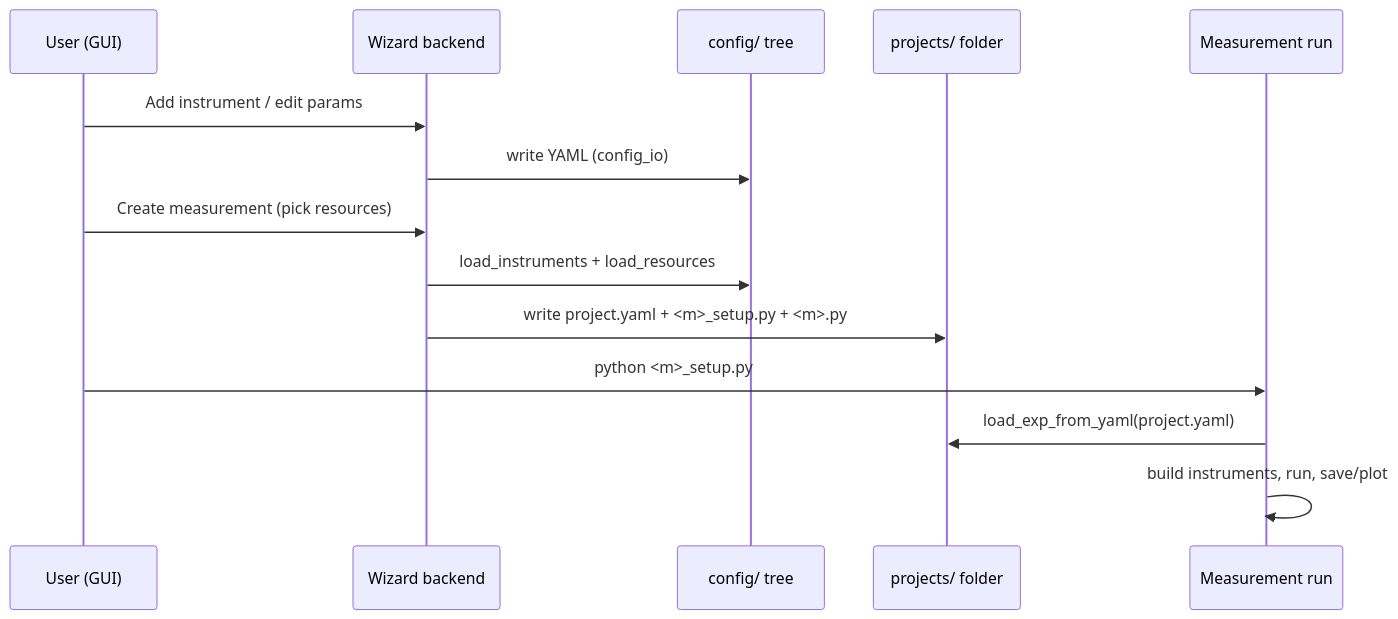
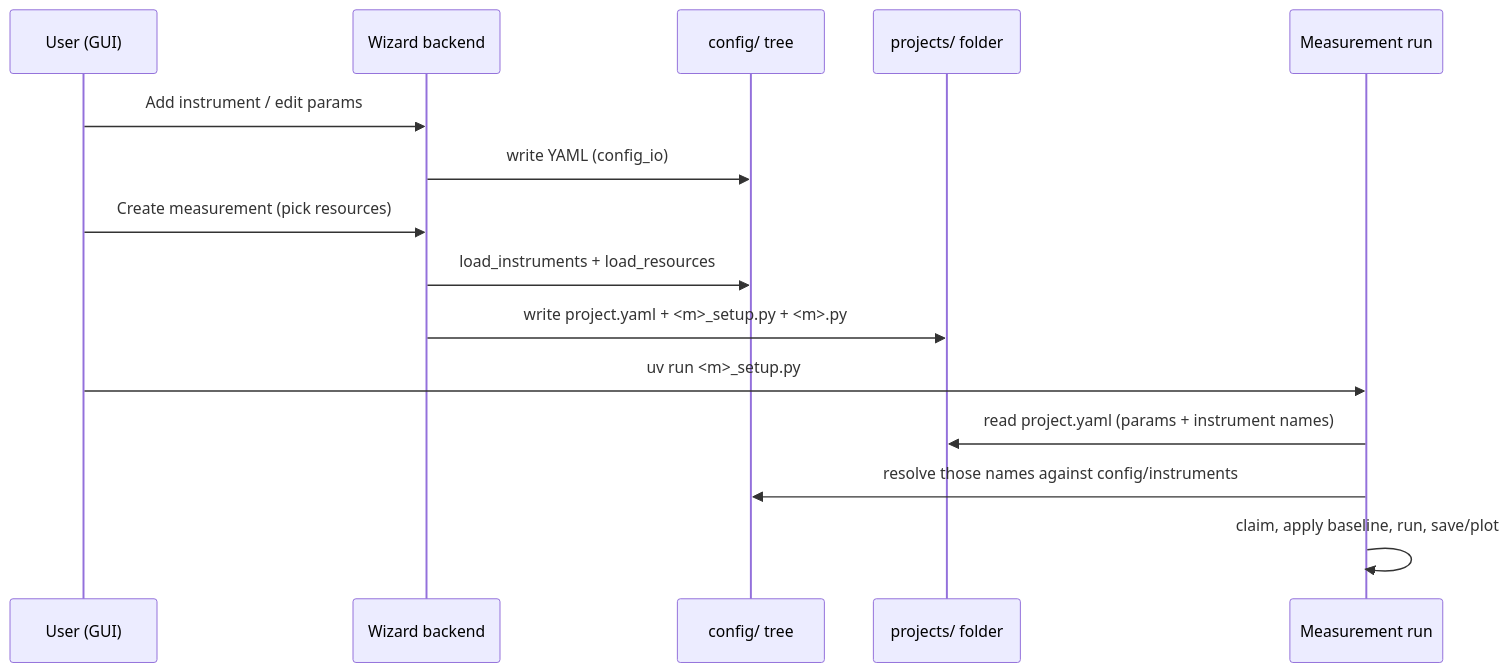
The second of 2 diagrams in docs/concepts/architecture.md (sansseriff/lab-wizard), drawn with Mermaid before and after one commit. The commit also changed other lines of this file and 40 other files, not shown here.

````diff
--- a/docs/concepts/architecture.md
+++ b/docs/concepts/architecture.md
@@ -77,17 +77,18 @@
 ```mermaid
 sequenceDiagram
     participant U as User (GUI)
     participant W as Wizard backend
     participant C as config/ tree
     participant P as projects/ folder
     participant R as Measurement run
 
     U->>W: Add instrument / edit params
     W->>C: write YAML (config_io)
     U->>W: Create measurement (pick resources)
     W->>C: load_instruments + load_resources
     W->>P: write project.yaml + <m>_setup.py + <m>.py
-    U->>R: python <m>_setup.py
-    R->>P: load_exp_from_yaml(project.yaml)
-    R->>R: build instruments, run, save/plot
+    U->>R: uv run <m>_setup.py
+    R->>P: read project.yaml (params + instrument names)
+    R->>C: resolve those names against config/instruments
+    R->>R: claim, apply baseline, run, save/plot
 ```
````
